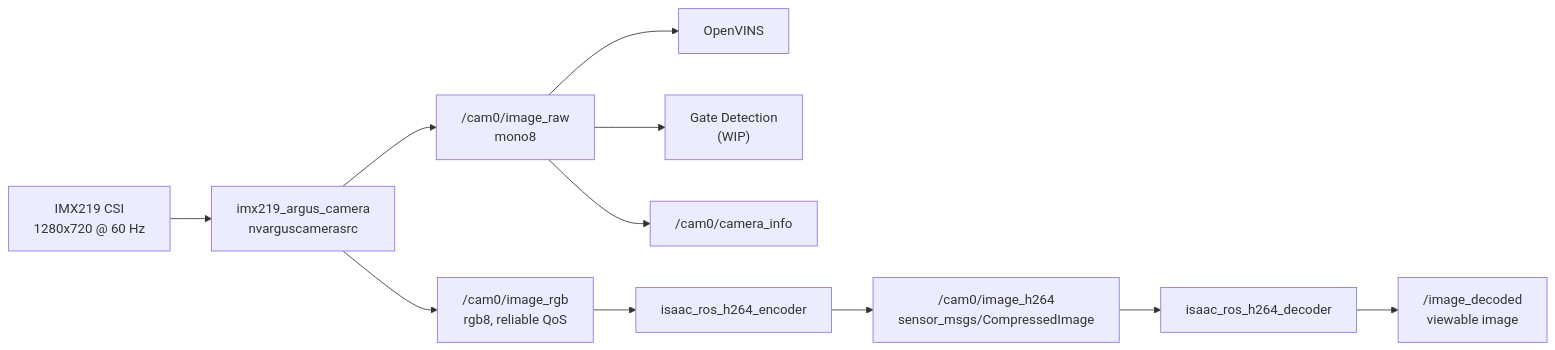
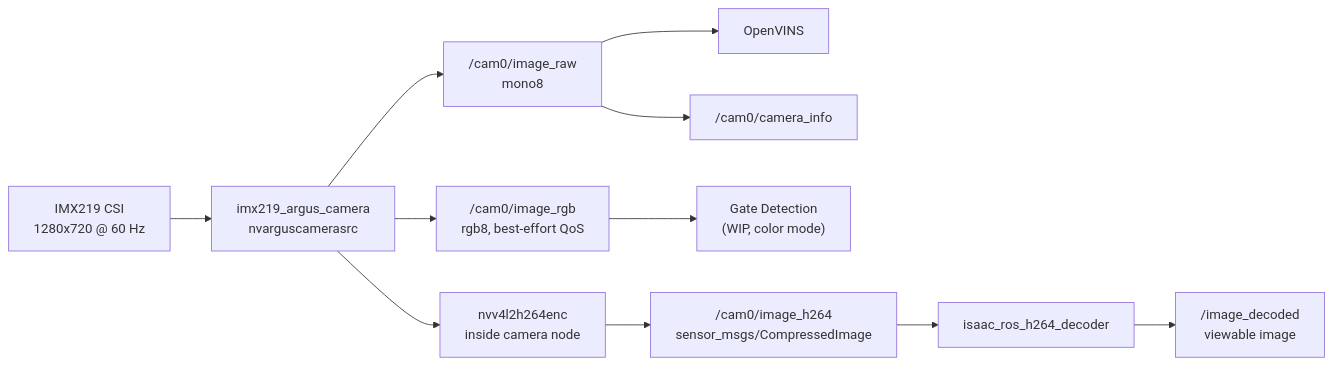
Before and after one commit to ETHRoboticsClub/ETHRC-Drone-Racing: the diagram in docs/docs/perception/camera_pipeline.md, drawn with Mermaid. The commit also changed other lines of this file and 14 other files, not shown here.

````diff
--- a/docs/docs/perception/camera_pipeline.md
+++ b/docs/docs/perception/camera_pipeline.md
@@ -16,14 +16,15 @@
 ```mermaid
 graph LR
     CSI["IMX219 CSI<br/>1280x720 @ 60 Hz"] --> Argus["imx219_argus_camera<br/>nvarguscamerasrc"]
     Argus --> Raw["/cam0/image_raw<br/>mono8"]
     Raw --> VIO["OpenVINS"]
-    Raw --> Gate["Gate Detection<br/>(WIP)"]
     Raw --> Info["/cam0/camera_info"]
 
-    Argus --> RGB["/cam0/image_rgb<br/>rgb8, reliable QoS"]
-    RGB --> Enc["isaac_ros_h264_encoder"]
+    Argus --> RGB["/cam0/image_rgb<br/>rgb8, best-effort QoS"]
+    RGB --> Gate["Gate Detection<br/>(WIP, color mode)"]
+
+    Argus --> Enc["nvv4l2h264enc<br/>inside camera node"]
     Enc --> H264["/cam0/image_h264<br/>sensor_msgs/CompressedImage"]
     H264 --> Dec["isaac_ros_h264_decoder"]
     Dec --> Decoded["/image_decoded<br/>viewable image"]
 ```
````
